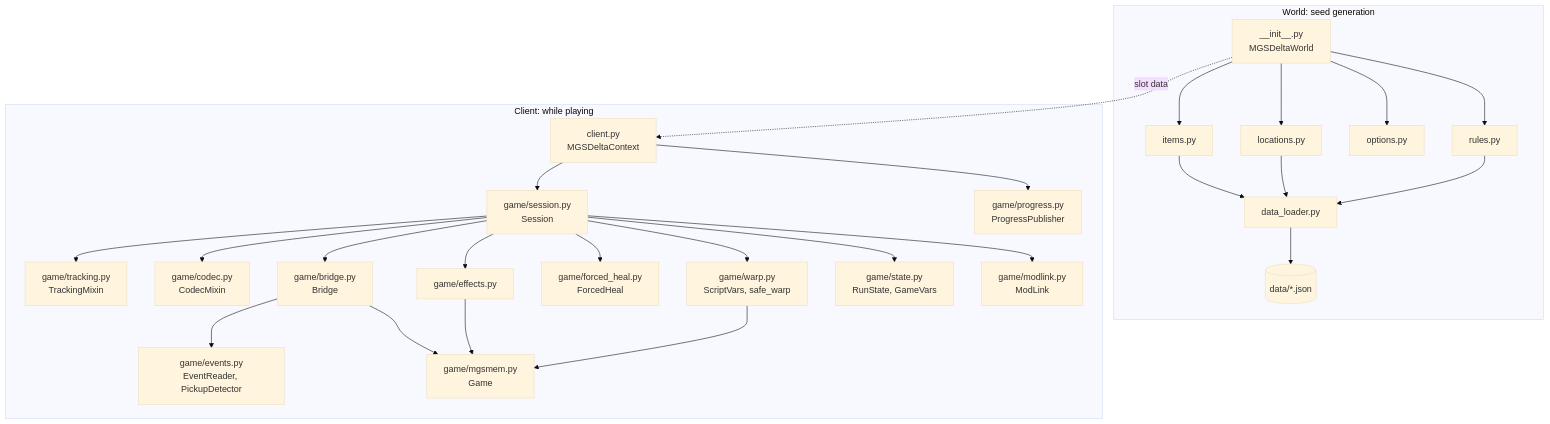
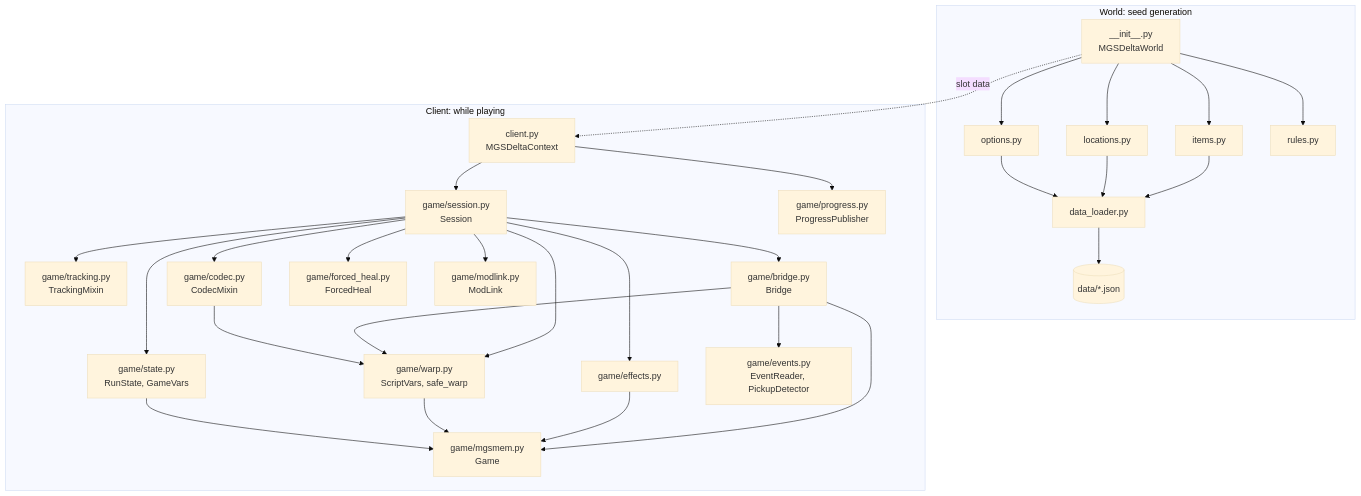
Before and after one commit to jarich-b/MGSDeltaAP: the diagram in docs/apworld.md, drawn with Mermaid (base theme). The commit also changed other lines of this file and 4 other files, not shown here.

First line of the commit message:
Review fixes: graphs, wording, README alert, cheaper inventory writes

````diff
--- a/docs/apworld.md
+++ b/docs/apworld.md
@@ -10,35 +10,37 @@
 ```mermaid
 flowchart TD
     subgraph world["World: seed generation"]
         init["__init__.py<br/>MGSDeltaWorld"]
         items["items.py"]
         locations["locations.py"]
         options["options.py"]
         rules["rules.py"]
         loader["data_loader.py"]
         data[("data/*.json")]
         init --> items & locations & options & rules
-        items & locations & rules --> loader --> data
+        items & locations & options --> loader --> data
     end
     subgraph client["Client: while playing"]
         ctx["client.py<br/>MGSDeltaContext"]
         session["game/session.py<br/>Session"]
         tracking["game/tracking.py<br/>TrackingMixin"]
         codec["game/codec.py<br/>CodecMixin"]
         bridge["game/bridge.py<br/>Bridge"]
         effects["game/effects.py"]
         heal["game/forced_heal.py<br/>ForcedHeal"]
         warp["game/warp.py<br/>ScriptVars, safe_warp"]
         state["game/state.py<br/>RunState, GameVars"]
         ev["game/events.py<br/>EventReader, PickupDetector"]
         mem["game/mgsmem.py<br/>Game"]
         link["game/modlink.py<br/>ModLink"]
         progress["game/progress.py<br/>ProgressPublisher"]
         ctx --> session & progress
         session --> tracking & codec & bridge & effects & heal & warp & state & link
-        bridge --> mem & ev
+        bridge --> mem & ev & warp
+        codec --> warp
         effects --> mem
         warp --> mem
+        state --> mem
     end
     init -. "slot data" .-> ctx
 ```
````
